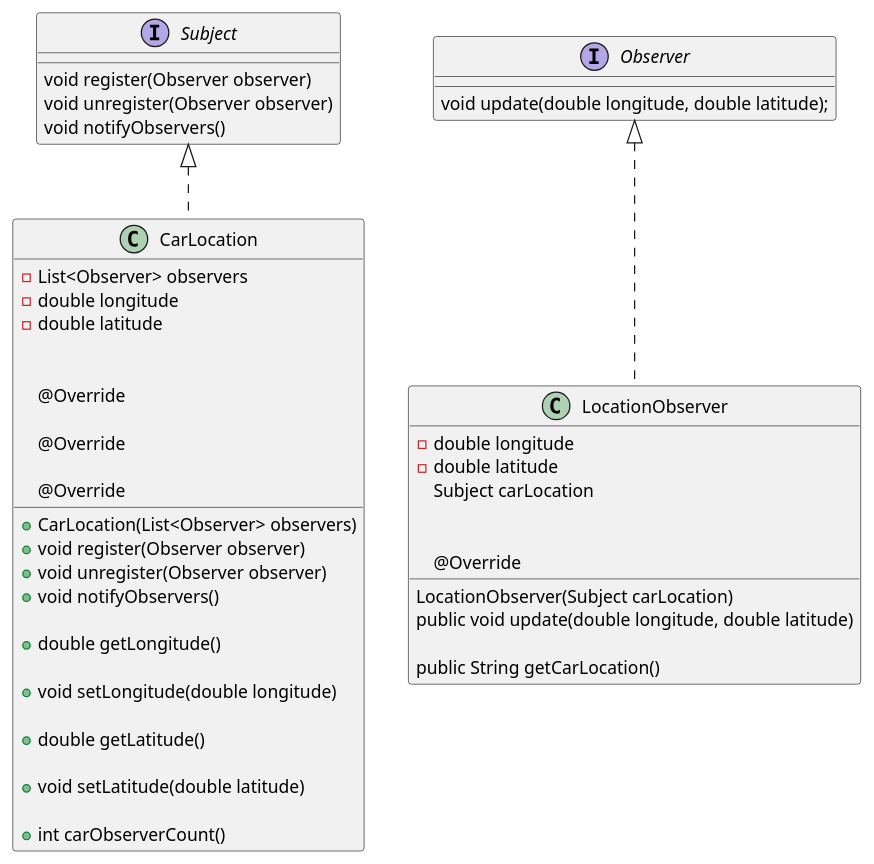
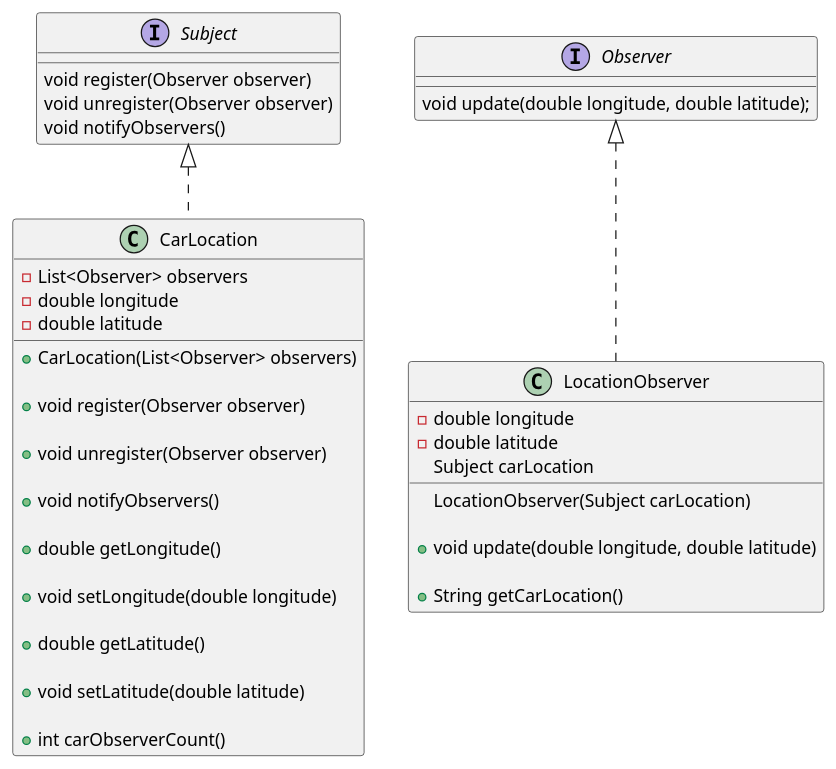
One commit to 43Carrig/Design_Patterns_Car changed the diagram in plantUML/observer.puml. Above: the diagram before and after it, drawn with PlantUML. The commit also changed 6 other files, not shown here.

Commit message:
Updated the plantUML editing where necessary.

```diff
--- a/plantUML/observer.puml
+++ b/plantUML/observer.puml
@@ -1,53 +1,49 @@
 @startuml
 
 class CarLocation implements Subject {
-    -List<Observer> observers
-    -double longitude
-    -double latitude
+    - List<Observer> observers
+    - double longitude
+    - double latitude
 
     + CarLocation(List<Observer> observers)
 
-    @Override
     + void register(Observer observer)
 
-    @Override
     + void unregister(Observer observer)
 
-    @Override
     + void notifyObservers()
 
     + double getLongitude()
 
     + void setLongitude(double longitude)
 
     + double getLatitude()
 
     + void setLatitude(double latitude)
 
     + int carObserverCount()
 }
 
 class LocationObserver implements Observer {
     - double longitude
     - double latitude
     Subject carLocation
 
-     LocationObserver(Subject carLocation)
+    LocationObserver(Subject carLocation)
 
-    @Override
-    public void update(double longitude, double latitude)
+    + void update(double longitude, double latitude)
 
-    public String getCarLocation()
+    + String getCarLocation()
 }
 
 interface Observer {
     void update(double longitude, double latitude);
 }
 
 interface Subject {
     void register(Observer observer)
     void unregister(Observer observer)
     void notifyObservers()
 }
 
 @enduml
```
